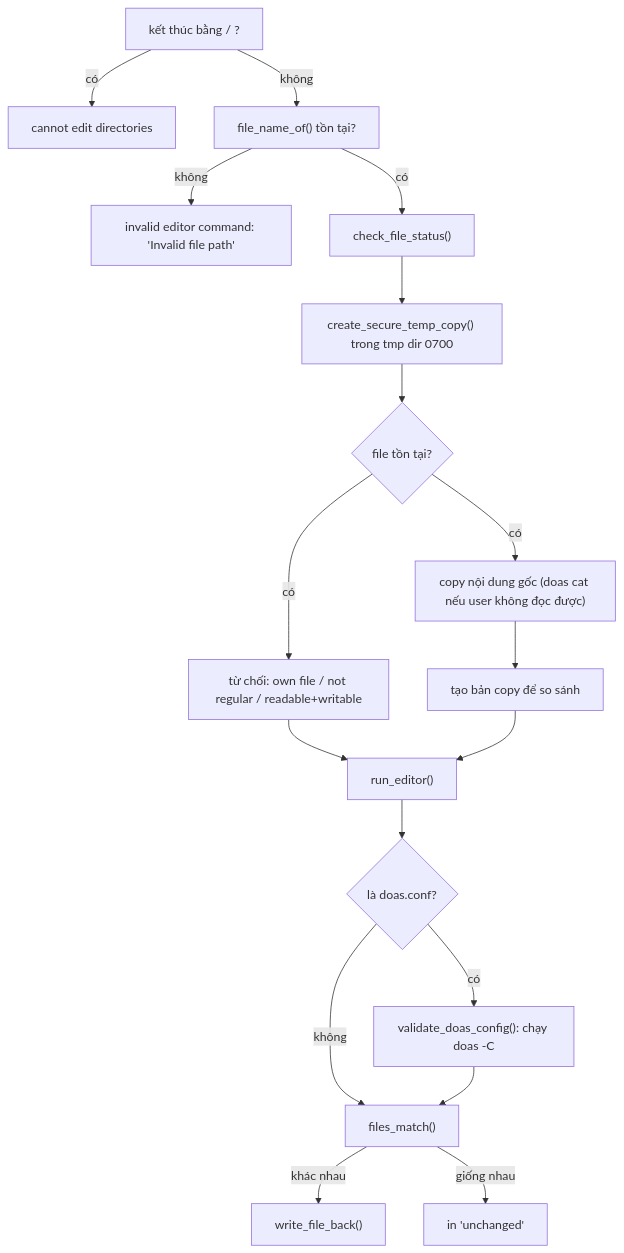
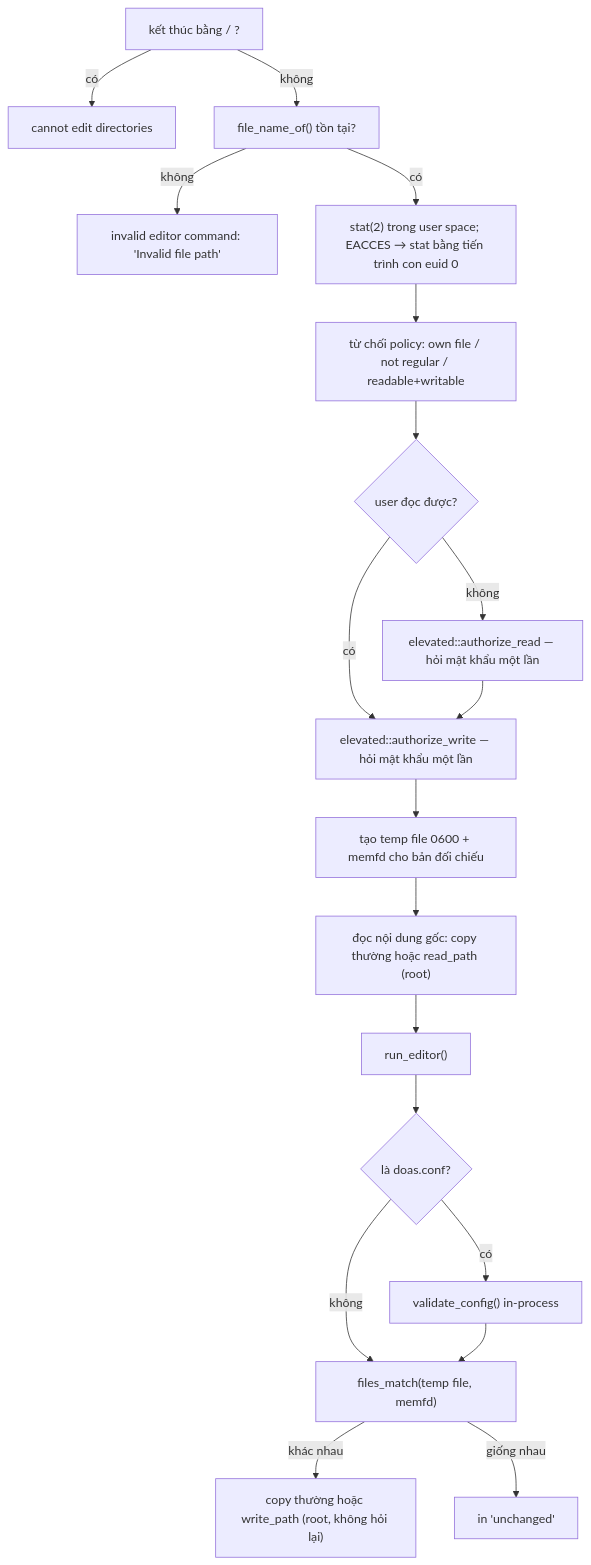
One commit to nhktmdzhg/opendoas-cpp changed the third of 4 diagrams in architecture.md. Above: the diagram before and after it, drawn with Mermaid. The commit also changed other lines of this file and 26 other files, not shown here.

Commit message:
refactor(doasedit): authenticate before the editor and run stat/read/write natively through doas authorize (no cat/dd/test/stat, in-process config validation, memfd comparison copy)

````diff
--- a/architecture.md
+++ b/architecture.md
@@ -380,20 +381,21 @@
 ```mermaid
 flowchart TD
     A["kết thúc bằng / ?"] -->|có| X["cannot edit directories"]
     A -->|không| B["file_name_of() tồn tại?"]
     B -->|không| Y["invalid editor command: 'Invalid file path'"]
-    B -->|có| C["check_file_status()"]
-    C --> D["create_secure_temp_copy() trong tmp dir 0700"]
-    D --> E{"file tồn tại?"}
-    E -->|có| F["từ chối: own file / not regular / readable+writable"]
-    E -->|có| G["copy nội dung gốc (doas cat nếu user không đọc được)"]
-    G --> H["tạo bản copy để so sánh"]
-    F --> I["run_editor()"]
-    H --> I
-    I --> J{"là doas.conf?"}
-    J -->|có| K["validate_doas_config(): chạy doas -C"]
-    J -->|không| L["files_match()"]
-    K --> L
-    L -->|khác nhau| M["write_file_back()"]
-    L -->|giống nhau| N["in 'unchanged'"]
+    B -->|có| C["stat(2) trong user space; EACCES → stat bằng tiến trình con euid 0"]
+    C --> D["từ chối policy: own file / not regular / readable+writable"]
+    D --> E{"user đọc được?"}
+    E -->|không| F["elevated::authorize_read — hỏi mật khẩu một lần"]
+    E -->|có| G["elevated::authorize_write — hỏi mật khẩu một lần"]
+    F --> G
+    G --> H["tạo temp file 0600 + memfd cho bản đối chiếu"]
+    H --> I["đọc nội dung gốc: copy thường hoặc read_path (root)"]
+    I --> J["run_editor()"]
+    J --> K{"là doas.conf?"}
+    K -->|có| L["validate_config() in-process"]
+    K -->|không| M["files_match(temp file, memfd)"]
+    L --> M
+    M -->|khác nhau| N["copy thường hoặc write_path (root, không hỏi lại)"]
+    M -->|giống nhau| O["in 'unchanged'"]
 ```
````
